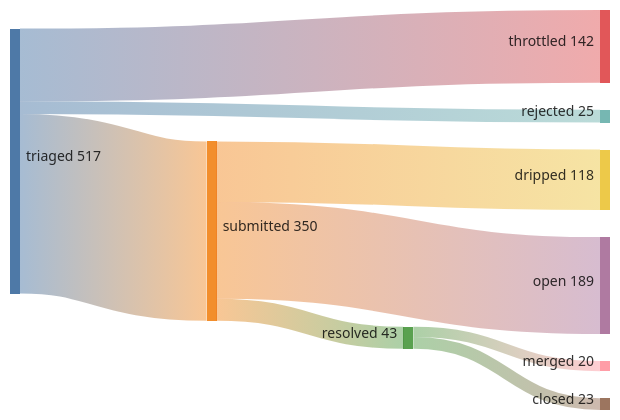
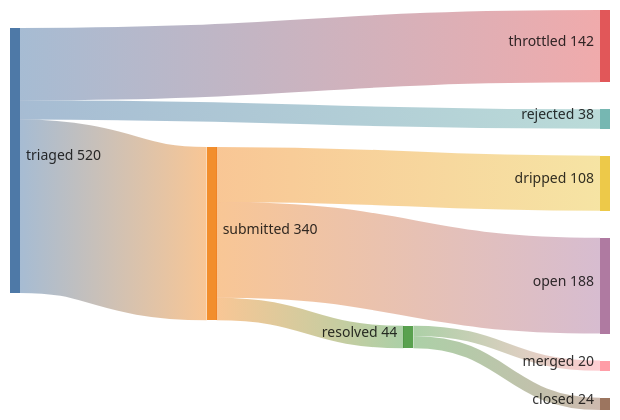
One commit to kimjune01/kimjune01 changed the first of 2 diagrams in README.md. Above: the diagram before and after it, drawn with Mermaid. The commit also changed other lines of this file, not shown here.

Commit message:
stats: 20/44 = 45% (08:52 UTC)

````diff
--- a/README.md
+++ b/README.md
@@ -3,11 +3,11 @@
 ```mermaid
 sankey-beta
-    triaged,    submitted, 350
+    triaged,    submitted, 340
     triaged,    throttled, 142
-    triaged,    rejected,  25
-    submitted,  resolved,  43
-    submitted,  dripped,   118
-    submitted,  open,      189
+    triaged,    rejected,  38
+    submitted,  resolved,  44
+    submitted,  dripped,   108
+    submitted,  open,      188
     resolved,   merged,    20
-    resolved,   closed,    23
+    resolved,   closed,    24
 ```
````
